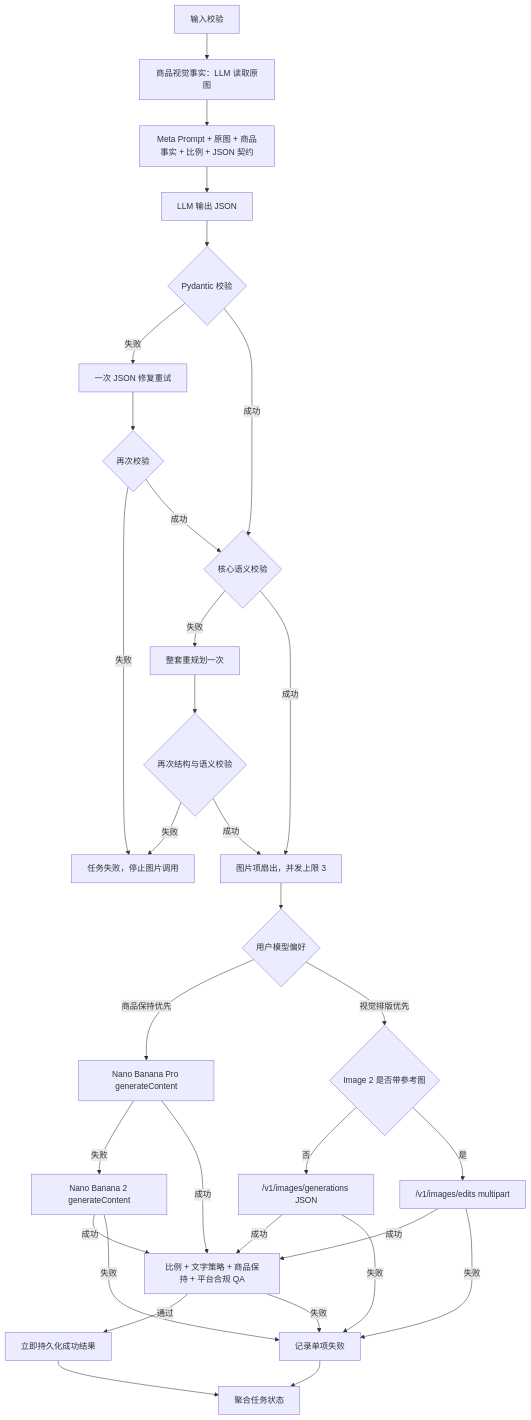
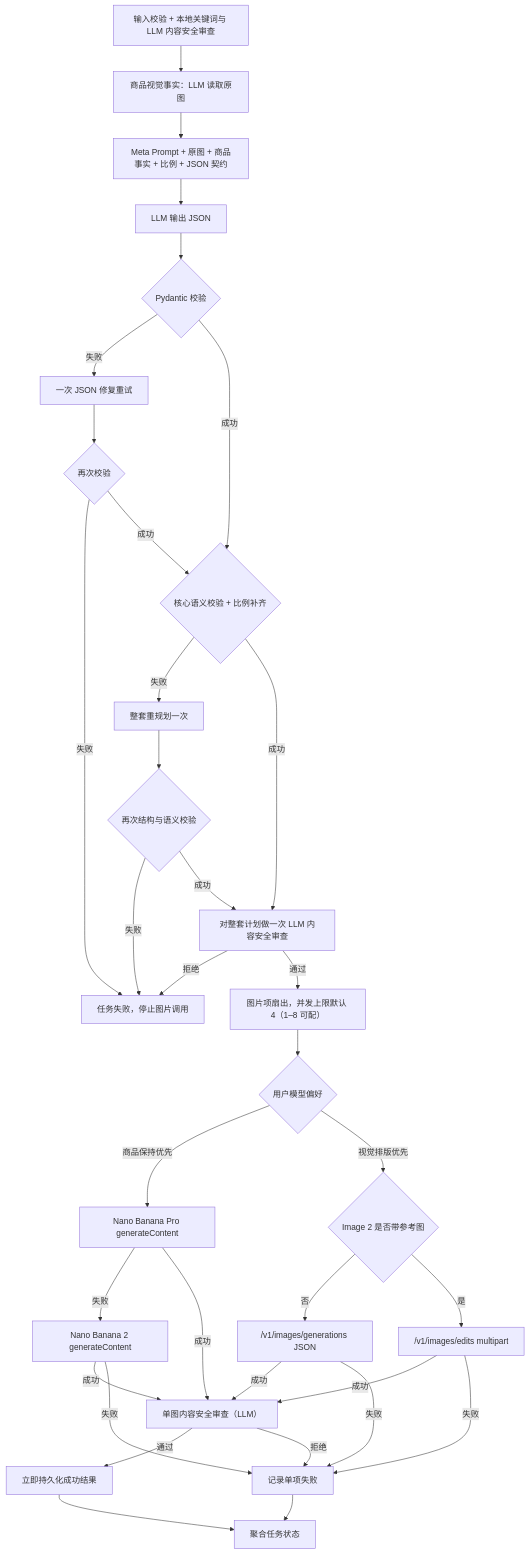
One commit to kyrieljy/Listingo changed the second of 2 diagrams in SPEC.md. Above: the diagram before and after it, drawn with Mermaid. The commit also changed other lines of this file and 5 other files, not shown here.

````diff
--- a/SPEC.md
+++ b/SPEC.md
@@ -40,34 +46,36 @@
 ```mermaid
 flowchart TD
-  V["输入校验"] --> O["商品视觉事实：LLM 读取原图"]
+  V["输入校验 + 本地关键词与 LLM 内容安全审查"] --> O["商品视觉事实：LLM 读取原图"]
   O --> M["Meta Prompt + 原图 + 商品事实 + 比例 + JSON 契约"]
   M --> L["LLM 输出 JSON"]
   L --> P{"Pydantic 校验"}
   P -->|失败| R["一次 JSON 修复重试"]
   R --> P2{"再次校验"}
   P2 -->|失败| X["任务失败，停止图片调用"]
-  P -->|成功| C1{"核心语义校验"}
+  P -->|成功| C1{"核心语义校验 + 比例补齐"}
   P2 -->|成功| C1
   C1 -->|失败| RP["整套重规划一次"]
   RP --> C2{"再次结构与语义校验"}
   C2 -->|失败| X
-  C1 -->|成功| F["图片项扇出，并发上限 3"]
-  C2 -->|成功| F
+  C1 -->|成功| SF["对整套计划做一次 LLM 内容安全审查"]
+  C2 -->|成功| SF
+  SF -->|拒绝| X
+  SF -->|通过| F["图片项扇出，并发上限默认 4（1–8 可配）"]
   F --> Q{"用户模型偏好"}
   Q -->|商品保持优先| N["Nano Banana Pro generateContent"]
   N -->|失败| N2["Nano Banana 2 generateContent"]
   Q -->|视觉排版优先| C{"Image 2 是否带参考图"}
   C -->|否| G["/v1/images/generations JSON"]
   C -->|是| I["/v1/images/edits multipart"]
-  N -->|成功| QA["比例 + 文字策略 + 商品保持 + 平台合规 QA"]
-  N2 -->|成功| QA
-  N2 -->|失败| E
-  G -->|成功| QA
-  G -->|失败| E["记录单项失败"]
-  I -->|成功| QA
-  I -->|失败| E["记录单项失败"]
-  QA -->|通过| S["立即持久化成功结果"]
-  QA -->|失败| E
+  N -->|成功| SG["单图内容安全审查（LLM）"]
+  N2 -->|成功| SG
+  N2 -->|失败| E["记录单项失败"]
+  G -->|成功| SG
+  G -->|失败| E
+  I -->|成功| SG
+  I -->|失败| E
+  SG -->|通过| S["立即持久化成功结果"]
+  SG -->|拒绝| E
   S --> A["聚合任务状态"]
   E --> A
 ```
````
